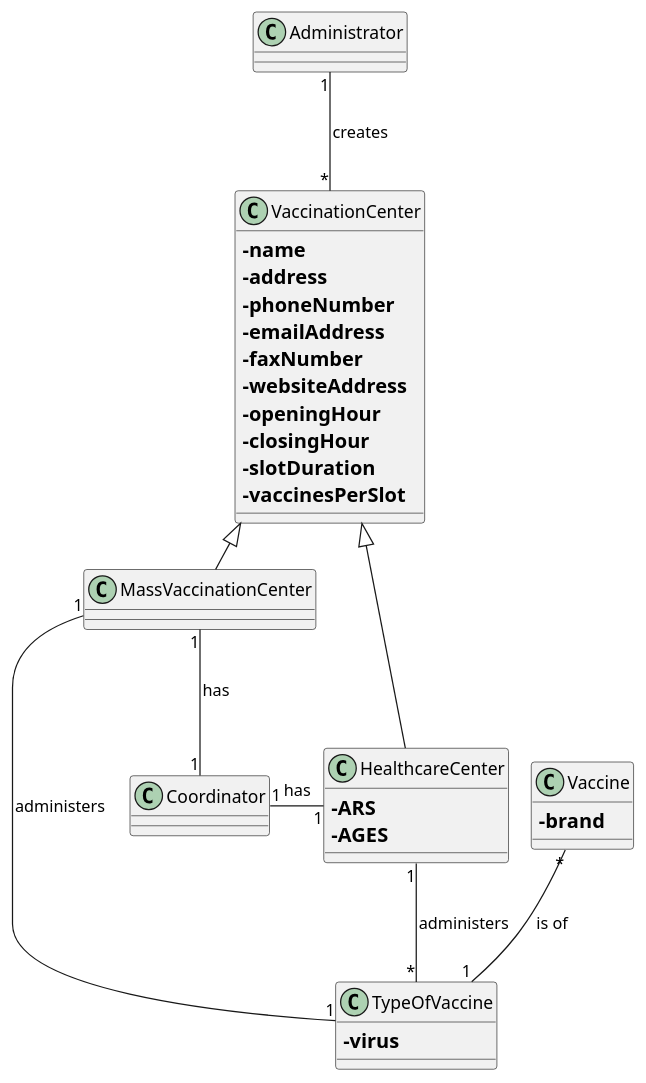
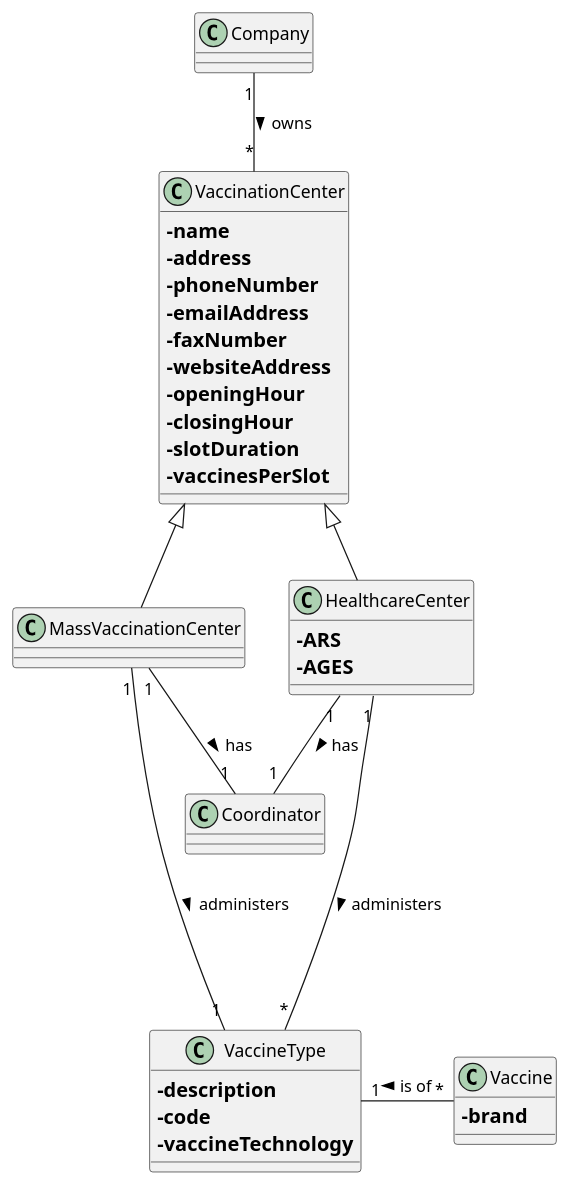
One commit to Pirussa/lei-22-s2-1da-g02 changed the diagram in docs/SprintB/US009/US009_MD.puml. Above: the diagram before and after it, drawn with PlantUML. The commit also changed 8 other files, not shown here.

```diff
--- a/docs/SprintB/US009/US009_MD.puml
+++ b/docs/SprintB/US009/US009_MD.puml
@@ -1,46 +1,48 @@
 @startuml
 'https://plantuml.com/class-diagram
-!pragma layout smetana
+'!pragma layout smetana
 
-class Administrator
+class Company
 
-class TypeOfVaccine{
-==-virus
+class VaccineType{
+==-description
+==-code
+==-vaccineTechnology
 }
 
 class Vaccine{
 ==-brand
 }
 
 class VaccinationCenter{
 ==-name
 ==-address
 ==-phoneNumber
 ==-emailAddress
 ==-faxNumber
 ==-websiteAddress
 ==-openingHour
 ==-closingHour
 ==-slotDuration
 ==-vaccinesPerSlot
 }
 
 class Coordinator
 
 class MassVaccinationCenter extends VaccinationCenter{
 
 }
 
 class HealthcareCenter extends VaccinationCenter{
 ==-ARS
 ==-AGES
 }
 
-Administrator "1" --- "*" VaccinationCenter: creates >
-MassVaccinationCenter "1" --- "1" Coordinator: has >
-HealthcareCenter "1" -l- "1" Coordinator: has >
-MassVaccinationCenter "1" --- "1" TypeOfVaccine: administers >
-HealthcareCenter "1" --- "*" TypeOfVaccine: administers >
-Vaccine "*" --- "1" TypeOfVaccine: is of >
+Company "1" -down- "*" VaccinationCenter: owns >
+MassVaccinationCenter "1" -down- "1" Coordinator: has >
+HealthcareCenter "1" -down- "1" Coordinator: has >
+MassVaccinationCenter "1" --down-- "1" VaccineType: administers >
+HealthcareCenter "1" -down- "*" VaccineType: administers >
+Vaccine "*" --left-- "1" VaccineType: is of >
 
 @enduml
```
